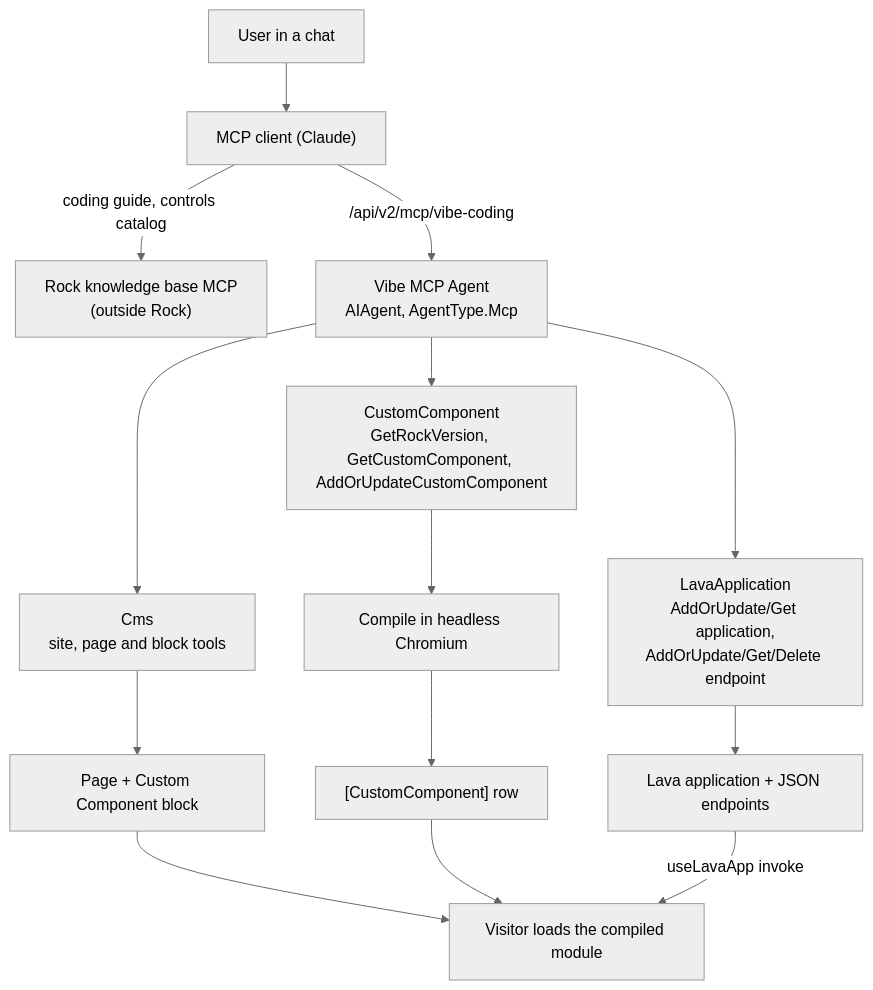
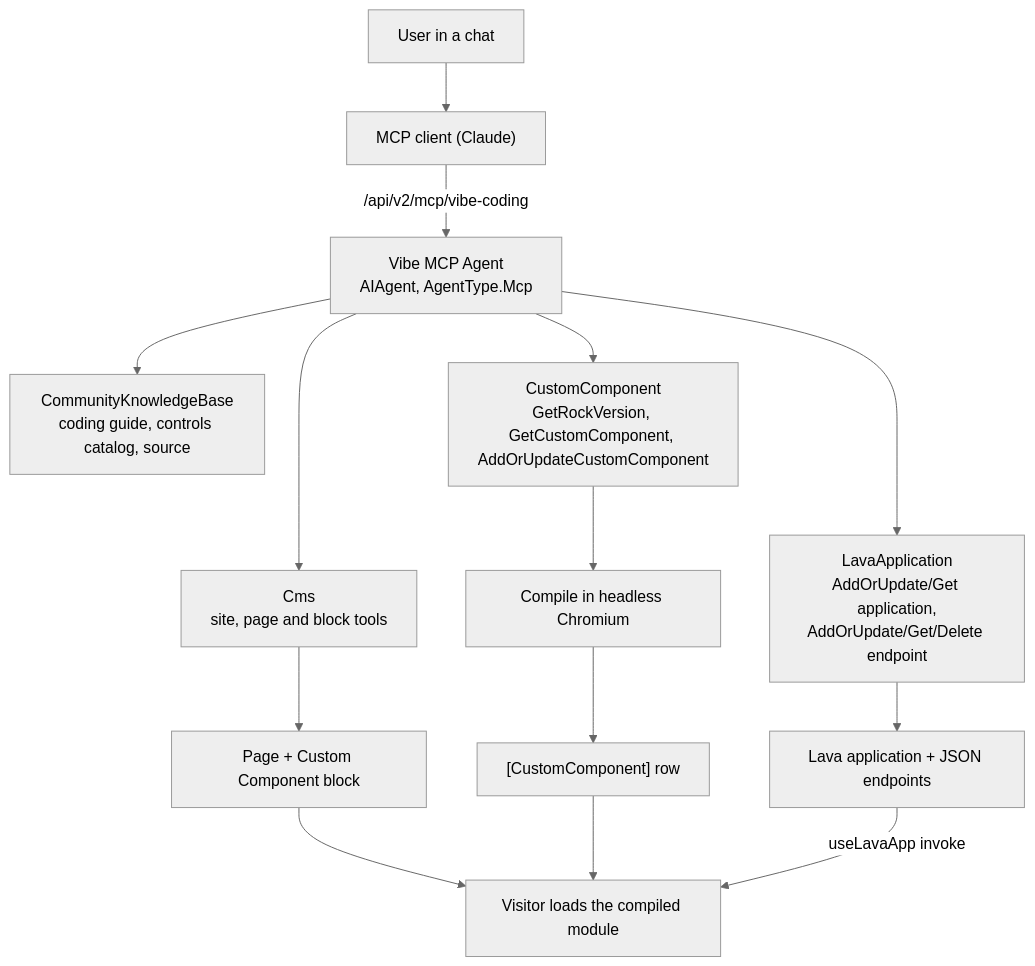
Before and after one commit to SparkDevNetwork/Rock: the diagram in specs/260814-vibe-coding-custom-components.md, drawn with Mermaid (neutral theme). The commit also changed other lines of this file and 2 other files, not shown here.

Commit message:
- Added the knowledge base skills to the vibe agents.

````diff
--- a/specs/260814-vibe-coding-custom-components.md
+++ b/specs/260814-vibe-coding-custom-components.md
@@ -79,16 +79,16 @@
 ```mermaid
 flowchart TD
     User["User in a chat"] --> Client["MCP client (Claude)"]
-    Client -->|"coding guide, controls catalog"| KB["Rock knowledge base MCP<br/>(outside Rock)"]
     Client -->|"/api/v2/mcp/vibe-coding"| Agent["Vibe MCP Agent<br/>AIAgent, AgentType.Mcp"]
+    Agent --> KBS["CommunityKnowledgeBase<br/>coding guide, controls catalog, source"]
     Agent --> PB["Cms<br/>site, page and block tools"]
     Agent --> LD["LavaApplication<br/>AddOrUpdate/Get application,<br/>AddOrUpdate/Get/Delete endpoint"]
     Agent --> VC["CustomComponent<br/>GetRockVersion, GetCustomComponent, AddOrUpdateCustomComponent"]
     PB --> Page["Page + Custom Component block"]
     LD --> Lava["Lava application + JSON endpoints"]
     VC --> Compile["Compile in headless Chromium"]
     Compile --> Table["[CustomComponent] row"]
     Page --> Visitor["Visitor loads the compiled module"]
     Table --> Visitor
     Lava -->|"useLavaApp invoke"| Visitor
 ```
````
